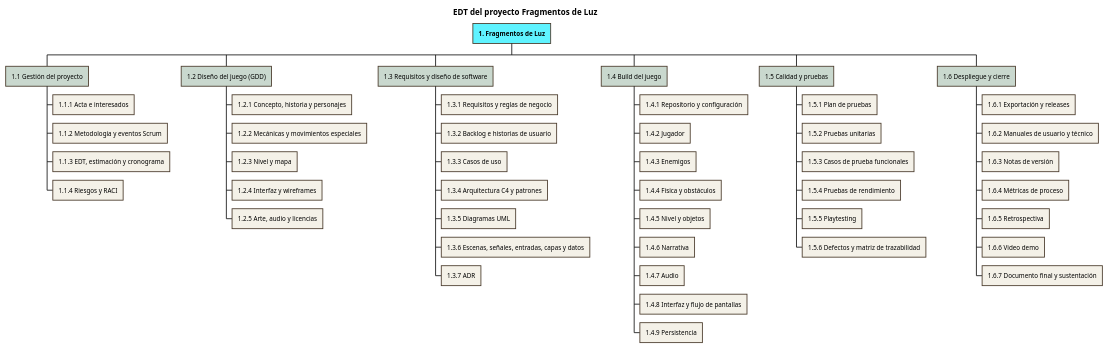
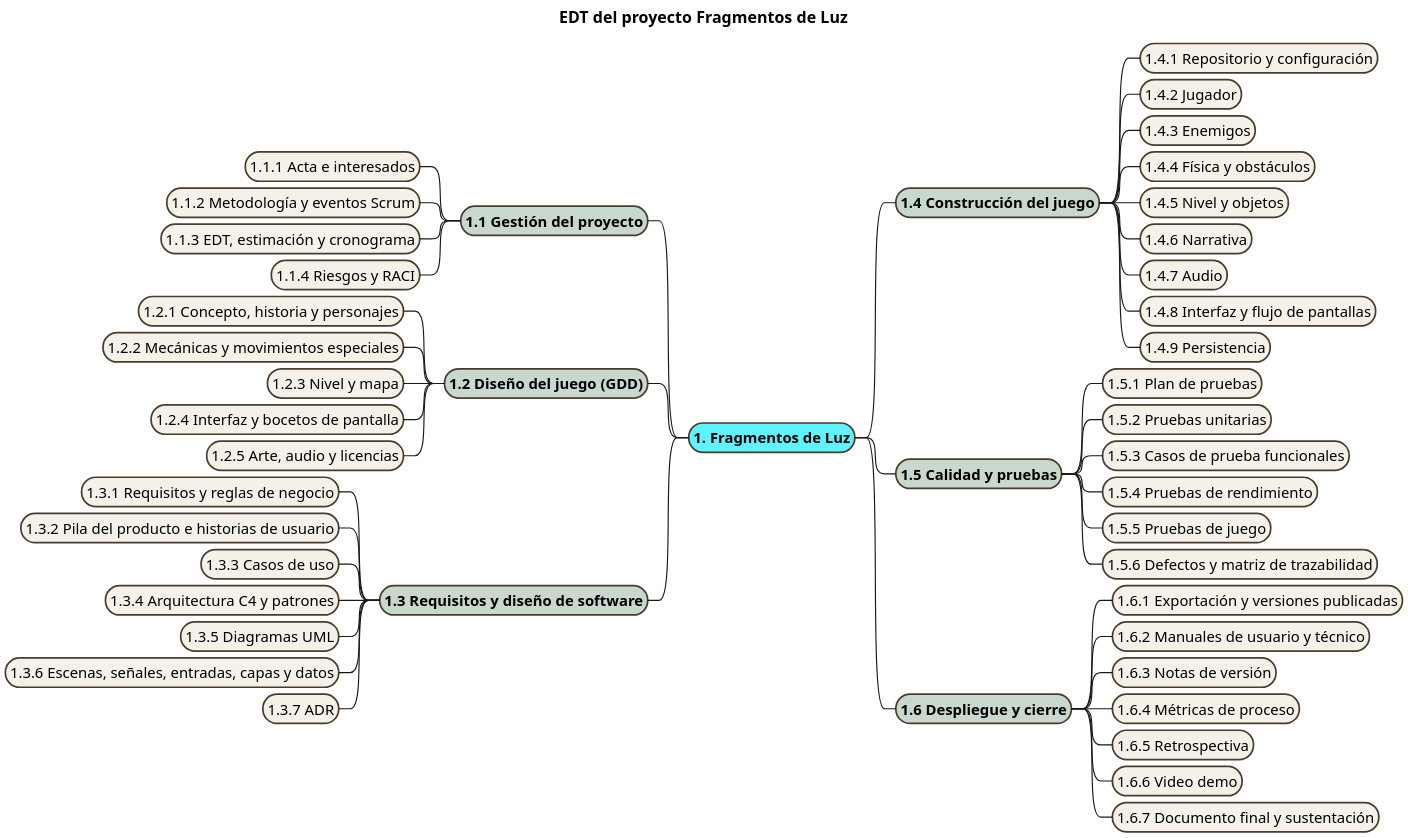
One commit to jaider23100/FragmentosDeLuz changed the diagram in docs/diagramas/edt.puml. Above: the diagram before and after it, drawn with PlantUML. The commit also changed 41 other files, not shown here.

First line of the commit message:
docs: documento final y matriz de trazabilidad (#48)

```diff
--- a/docs/diagramas/edt.puml
+++ b/docs/diagramas/edt.puml
@@ -1,55 +1,57 @@
-@startwbs edt
+@startmindmap edt
+scale 2
 title EDT del proyecto Fragmentos de Luz
 <style>
-wbsDiagram {
-  node { BackgroundColor #F4F1E8; LineColor #4A3B2C; FontSize 11 }
+mindmapDiagram {
+  node { BackgroundColor #F4F1E8; LineColor #4A3B2C; FontSize 13; Padding 4; Margin 3 }
   :depth(0) { BackgroundColor #5FF3FF; FontStyle bold }
-  :depth(1) { BackgroundColor #C9D8CE }
+  :depth(1) { BackgroundColor #C9D8CE; FontStyle bold }
+  boxless { FontColor black }
 }
 </style>
-* 1. Fragmentos de Luz
-** 1.1 Gestión del proyecto
-*** 1.1.1 Acta e interesados
-*** 1.1.2 Metodología y eventos Scrum
-*** 1.1.3 EDT, estimación y cronograma
-*** 1.1.4 Riesgos y RACI
-** 1.2 Diseño del juego (GDD)
-*** 1.2.1 Concepto, historia y personajes
-*** 1.2.2 Mecánicas y movimientos especiales
-*** 1.2.3 Nivel y mapa
-*** 1.2.4 Interfaz y wireframes
-*** 1.2.5 Arte, audio y licencias
-** 1.3 Requisitos y diseño de software
-*** 1.3.1 Requisitos y reglas de negocio
-*** 1.3.2 Backlog e historias de usuario
-*** 1.3.3 Casos de uso
-*** 1.3.4 Arquitectura C4 y patrones
-*** 1.3.5 Diagramas UML
-*** 1.3.6 Escenas, señales, entradas, capas y datos
-*** 1.3.7 ADR
-** 1.4 Build del juego
-*** 1.4.1 Repositorio y configuración
-*** 1.4.2 Jugador
-*** 1.4.3 Enemigos
-*** 1.4.4 Física y obstáculos
-*** 1.4.5 Nivel y objetos
-*** 1.4.6 Narrativa
-*** 1.4.7 Audio
-*** 1.4.8 Interfaz y flujo de pantallas
-*** 1.4.9 Persistencia
-** 1.5 Calidad y pruebas
-*** 1.5.1 Plan de pruebas
-*** 1.5.2 Pruebas unitarias
-*** 1.5.3 Casos de prueba funcionales
-*** 1.5.4 Pruebas de rendimiento
-*** 1.5.5 Playtesting
-*** 1.5.6 Defectos y matriz de trazabilidad
-** 1.6 Despliegue y cierre
-*** 1.6.1 Exportación y releases
-*** 1.6.2 Manuales de usuario y técnico
-*** 1.6.3 Notas de versión
-*** 1.6.4 Métricas de proceso
-*** 1.6.5 Retrospectiva
-*** 1.6.6 Video demo
-*** 1.6.7 Documento final y sustentación
-@endwbs
++ 1. Fragmentos de Luz
+-- 1.1 Gestión del proyecto
+--- 1.1.1 Acta e interesados
+--- 1.1.2 Metodología y eventos Scrum
+--- 1.1.3 EDT, estimación y cronograma
+--- 1.1.4 Riesgos y RACI
+-- 1.2 Diseño del juego (GDD)
+--- 1.2.1 Concepto, historia y personajes
+--- 1.2.2 Mecánicas y movimientos especiales
+--- 1.2.3 Nivel y mapa
+--- 1.2.4 Interfaz y bocetos de pantalla
+--- 1.2.5 Arte, audio y licencias
+-- 1.3 Requisitos y diseño de software
+--- 1.3.1 Requisitos y reglas de negocio
+--- 1.3.2 Pila del producto e historias de usuario
+--- 1.3.3 Casos de uso
+--- 1.3.4 Arquitectura C4 y patrones
+--- 1.3.5 Diagramas UML
+--- 1.3.6 Escenas, señales, entradas, capas y datos
+--- 1.3.7 ADR
+++ 1.4 Construcción del juego
++++ 1.4.1 Repositorio y configuración
++++ 1.4.2 Jugador
++++ 1.4.3 Enemigos
++++ 1.4.4 Física y obstáculos
++++ 1.4.5 Nivel y objetos
++++ 1.4.6 Narrativa
++++ 1.4.7 Audio
++++ 1.4.8 Interfaz y flujo de pantallas
++++ 1.4.9 Persistencia
+++ 1.5 Calidad y pruebas
++++ 1.5.1 Plan de pruebas
++++ 1.5.2 Pruebas unitarias
++++ 1.5.3 Casos de prueba funcionales
++++ 1.5.4 Pruebas de rendimiento
++++ 1.5.5 Pruebas de juego
++++ 1.5.6 Defectos y matriz de trazabilidad
+++ 1.6 Despliegue y cierre
++++ 1.6.1 Exportación y versiones publicadas
++++ 1.6.2 Manuales de usuario y técnico
++++ 1.6.3 Notas de versión
++++ 1.6.4 Métricas de proceso
++++ 1.6.5 Retrospectiva
++++ 1.6.6 Video demo
++++ 1.6.7 Documento final y sustentación
+@endmindmap
```
